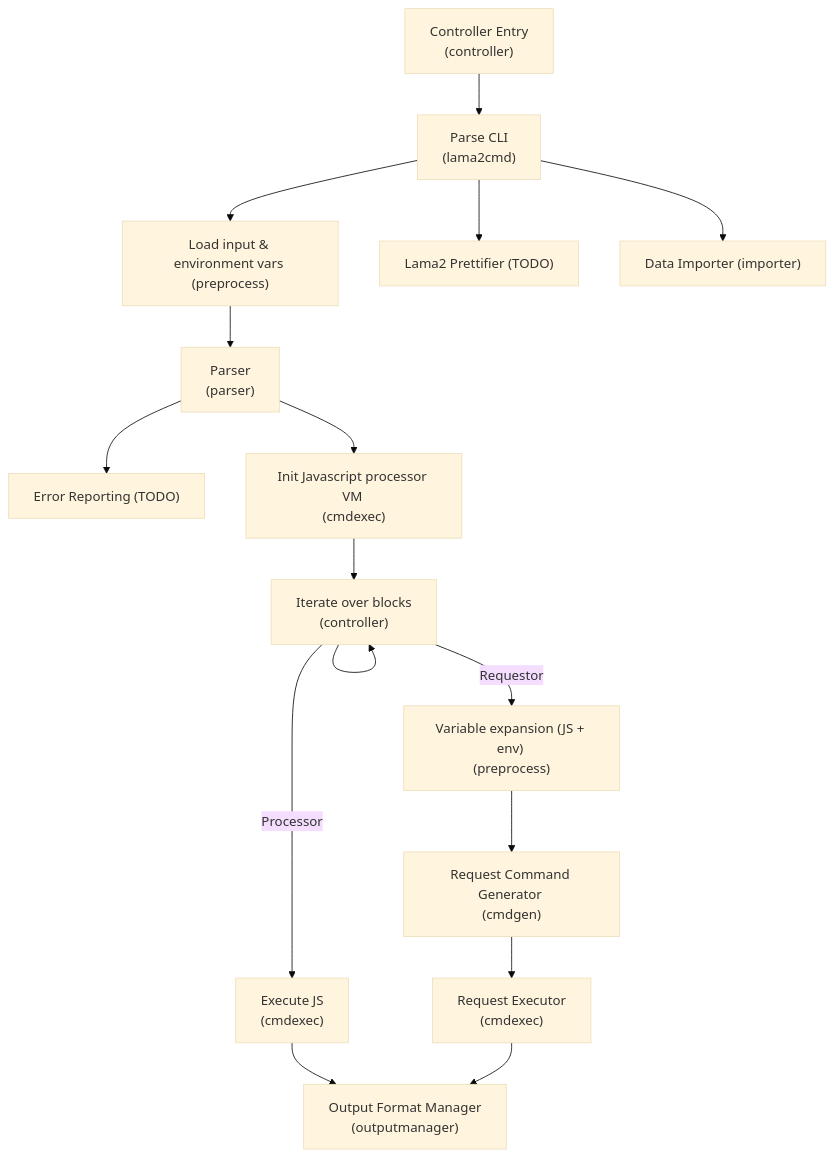
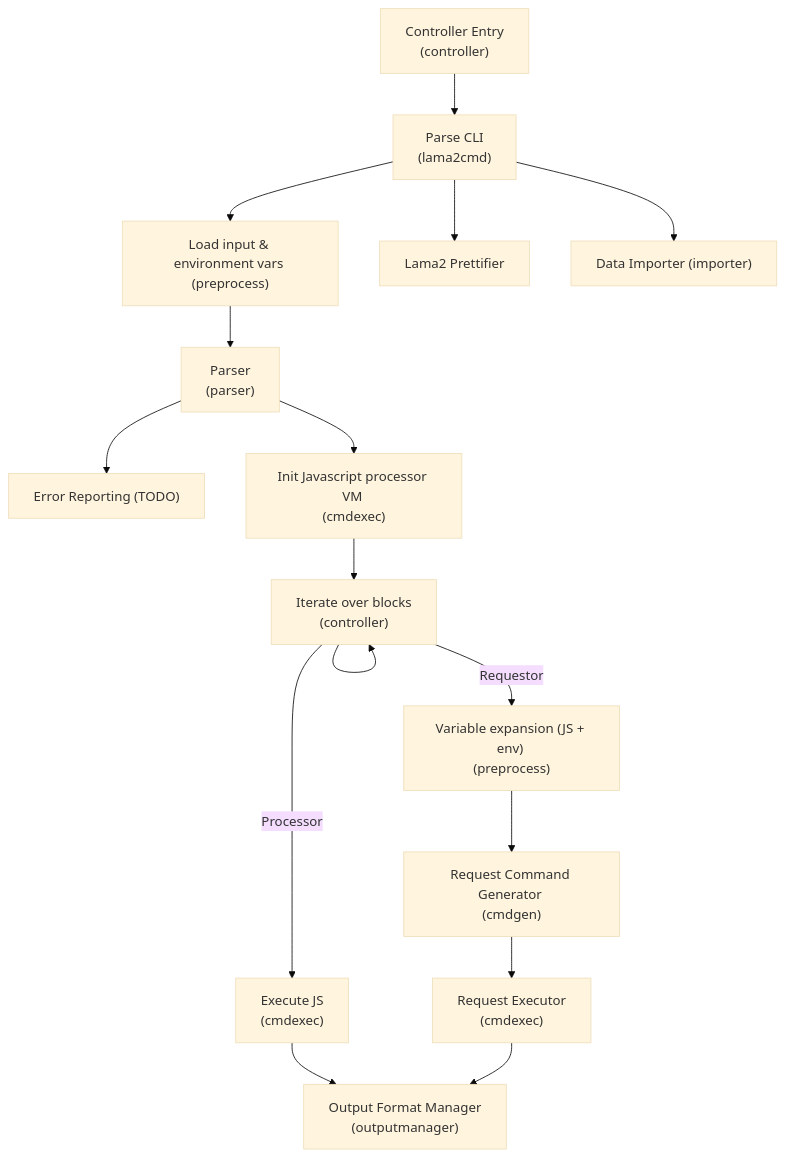
Before and after one commit to HexmosTech/Lama2: the diagram in docs/Lama2/docs/reference/architecture.md, drawn with Mermaid. The commit also changed 5 other files, not shown here.

Commit message:
Update architecture diagram, documentation

````diff
--- a/docs/Lama2/docs/reference/architecture.md
+++ b/docs/Lama2/docs/reference/architecture.md
@@ -3,33 +3,33 @@
 ```mermaid
 %%{init: {'securityLevel': 'loose', 'theme':'base'}}%%
 graph TD
 	K["Controller Entry <br/>(controller)"]
 	A["Parse CLI <br/>(lama2cmd)"]
 	B["Parser <br/>(parser)"]	
 	D["Request Executor <br/>(cmdexec)"]
 	E["Output Format Manager <br/>(outputmanager)"]
 	F["Error Reporting (TODO)"]
 	G["Load input & environment vars <br/>(preprocess)"]
 	H["Request Command Generator <br/>(cmdgen)"]
-	I["Lama2 Prettifier (TODO)"]
+	I["Lama2 Prettifier"]
 	J["Data Importer (importer)"]
 	L["Iterate over blocks <br/>(controller)"]
 	M["Init Javascript processor VM <br/>(cmdexec)"]
 	N["Execute JS <br/>(cmdexec)"]
 	P["Variable expansion (JS + env) <br/>(preprocess)"]
 	A --> G
 	A --> J
 	G --> B
 	H --> D
 	K --> A
 	B --> M
 	M --> L
 	L --> |Requestor| P
 	L --> |Processor| N
 	N --> E
 	D --> E
 	B --> F
 	A --> I
 	P --> H
 	L --> L
 ```
````
